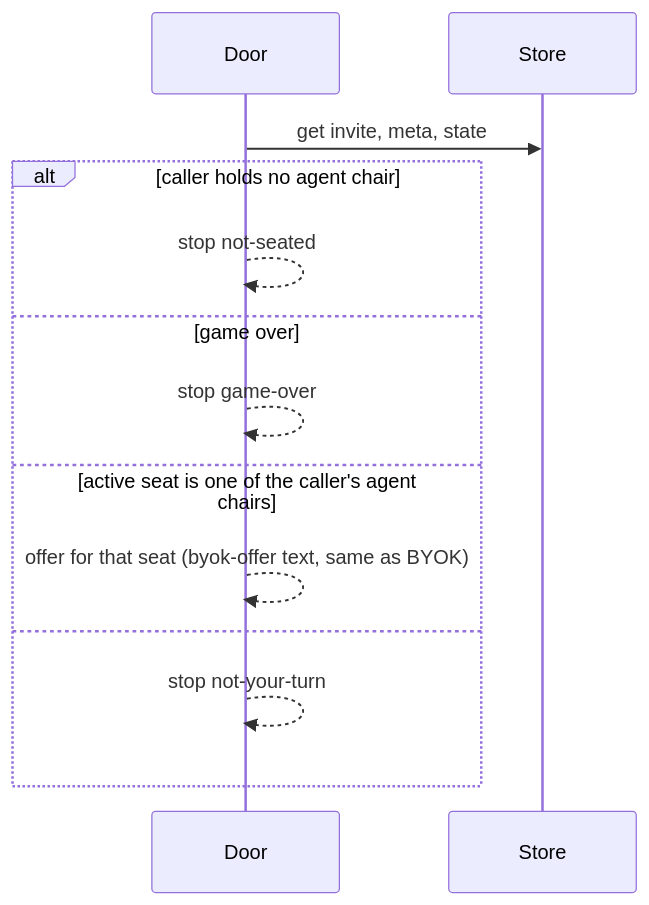
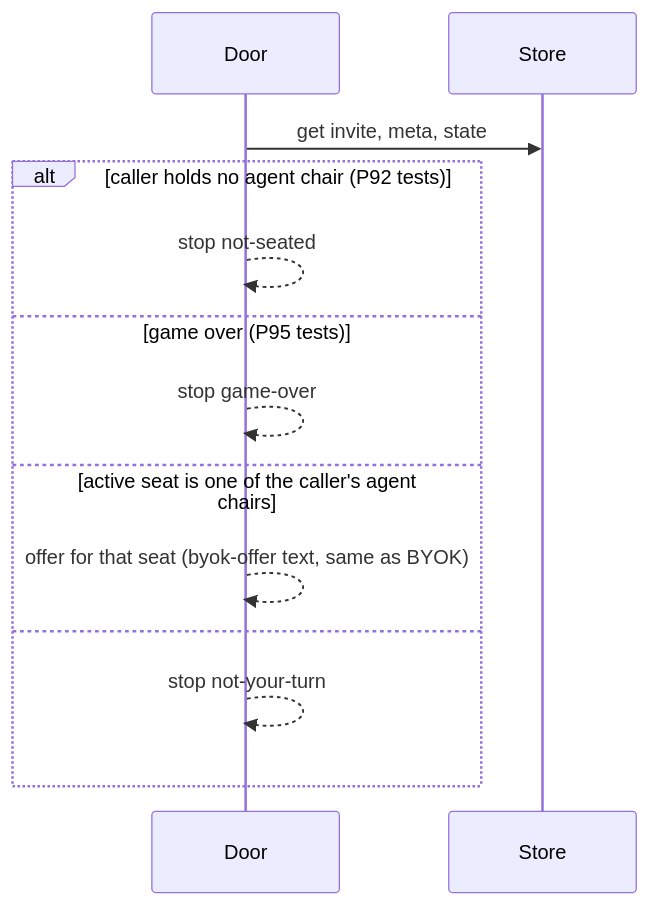
Before and after one commit to hochgi/conquarrow: the sixth of 8 diagrams in docs/spec/seat-choice/SCENARIOS.md, drawn with Mermaid. The commit also changed other lines of this file and 13 other files, not shown here.

````diff
--- a/docs/spec/seat-choice/SCENARIOS.md
+++ b/docs/spec/seat-choice/SCENARIOS.md
@@ -124,15 +128,15 @@
 ```mermaid
 sequenceDiagram
   participant Door
   participant Store
   Door->>Store: get invite, meta, state
-  alt caller holds no agent chair
+  alt caller holds no agent chair (P92 tests)
     Door-->>Door: stop not-seated
-  else game over
+  else game over (P95 tests)
     Door-->>Door: stop game-over
   else active seat is one of the caller's agent chairs
     Door-->>Door: offer for that seat (byok-offer text, same as BYOK)
   else
     Door-->>Door: stop not-your-turn
   end
 ```
````
